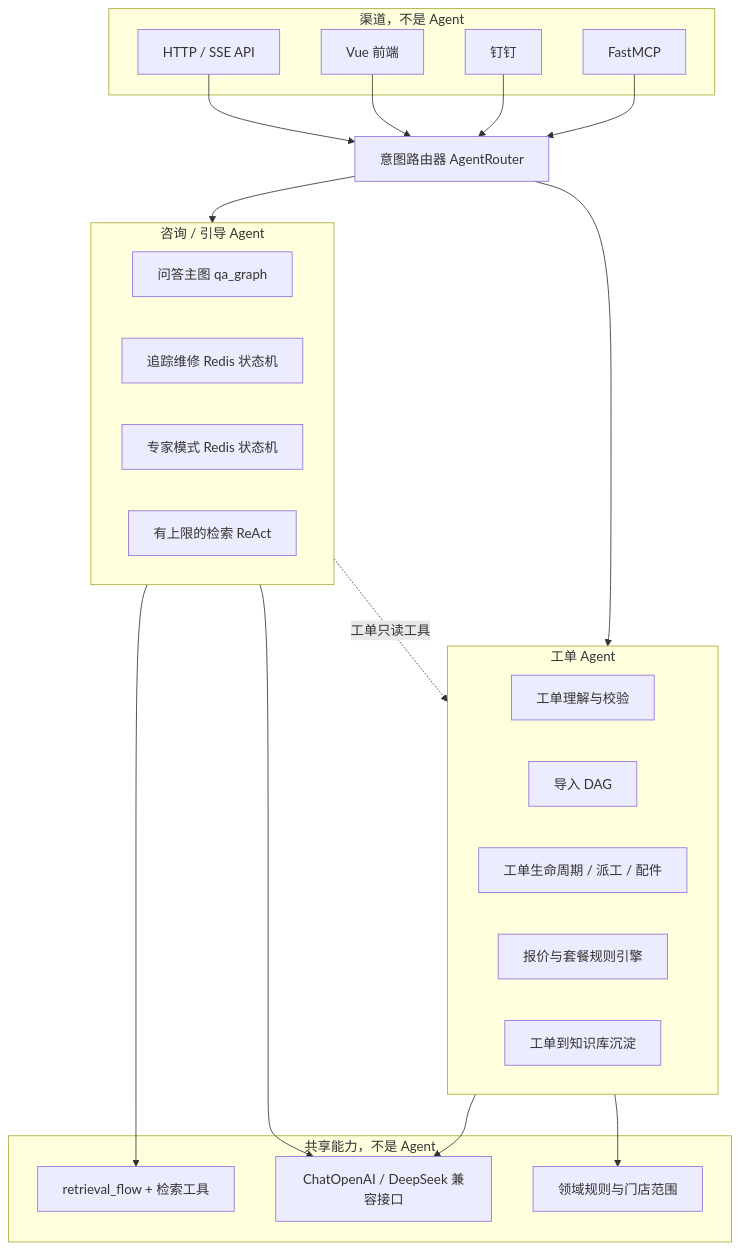
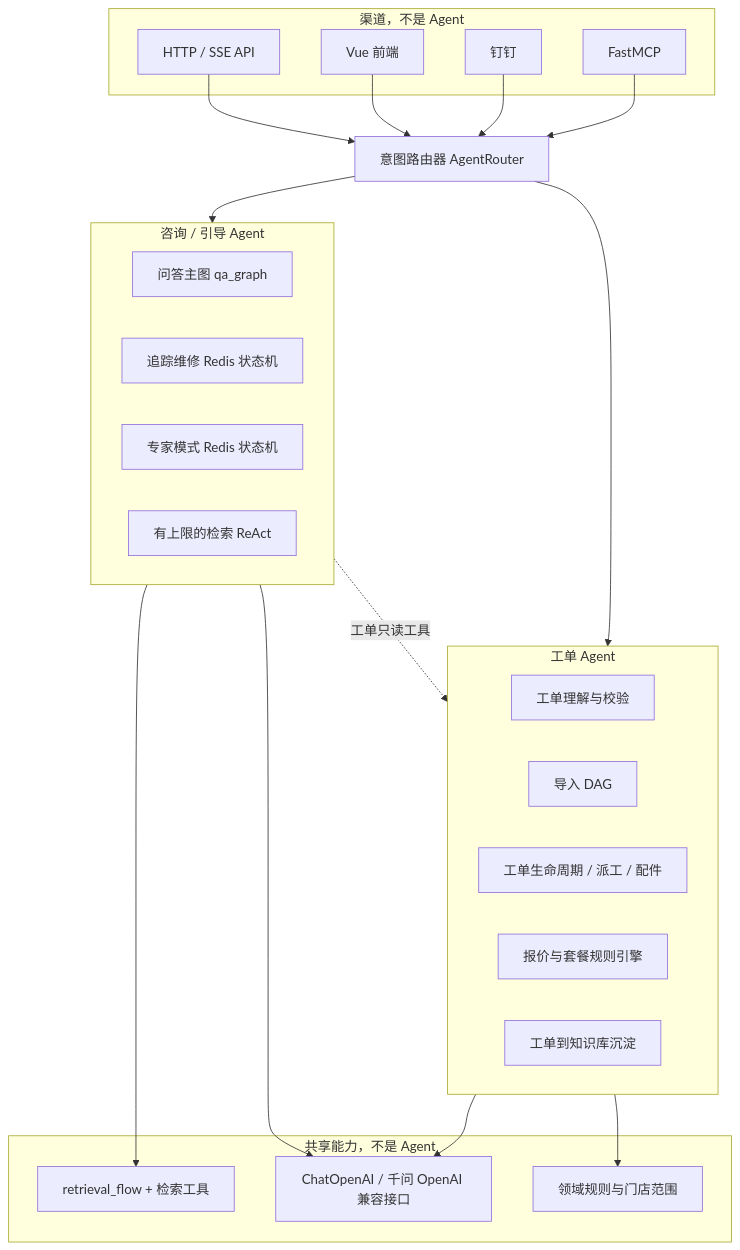
One commit to SHUN-EI/Car-Repair-System changed the diagram in docs/双Agent精简技术方案.md. Above: the diagram before and after it, drawn with Mermaid. The commit also changed other lines of this file and 28 other files, not shown here.

````diff
--- a/docs/双Agent精简技术方案.md
+++ b/docs/双Agent精简技术方案.md
@@ -78,44 +78,44 @@
 ```mermaid
 flowchart TB
   subgraph channels [渠道，不是 Agent]
     HTTP[HTTP / SSE API]
     FE[Vue 前端]
     DT[钉钉]
     MCP[FastMCP]
   end
 
   R[意图路由器 AgentRouter]
 
   subgraph consult [咨询 / 引导 Agent]
     QA[问答主图 qa_graph]
     GR[追踪维修 Redis 状态机]
     EX[专家模式 Redis 状态机]
     REACT[有上限的检索 ReAct]
   end
 
   subgraph workorder [工单 Agent]
     TKT[工单理解与校验]
     IMP[导入 DAG]
     LIFE[工单生命周期 / 派工 / 配件]
     QUOTE[报价与套餐规则引擎]
     KNOW[工单到知识库沉淀]
   end
 
   subgraph shared [共享能力，不是 Agent]
     RF[retrieval_flow + 检索工具]
-    LLM[ChatOpenAI / DeepSeek 兼容接口]
+    LLM[ChatOpenAI / 千问 OpenAI 兼容接口]
     RULE[领域规则与门店范围]
   end
 
   HTTP --> R
   FE --> R
   DT --> R
   MCP --> R
   R --> consult
   R --> workorder
   consult --> RF
   consult --> LLM
   workorder --> LLM
   workorder --> RULE
   consult -.->|工单只读工具| workorder
 ```
````
